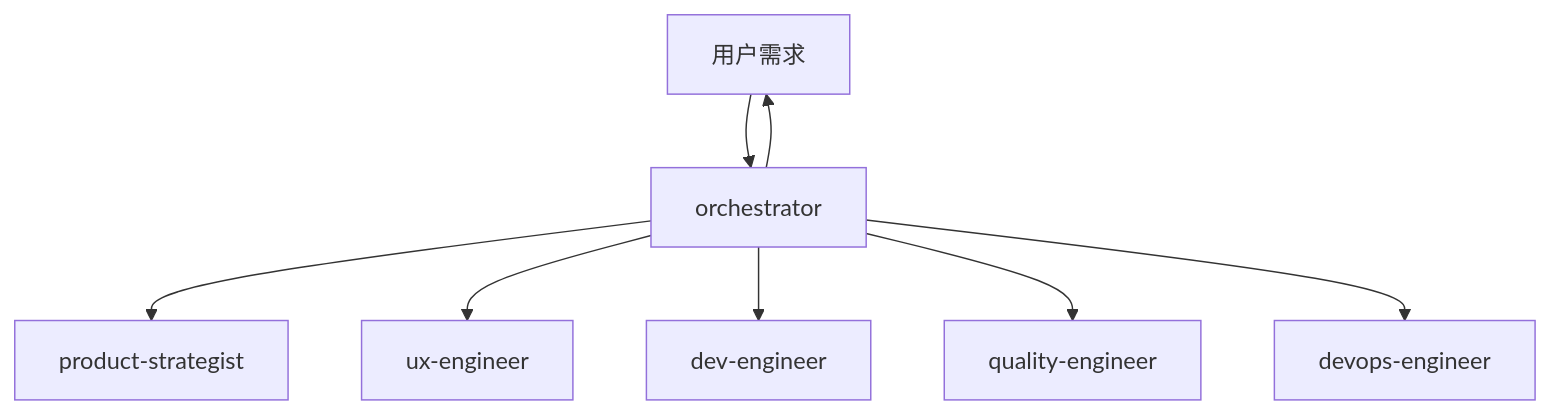
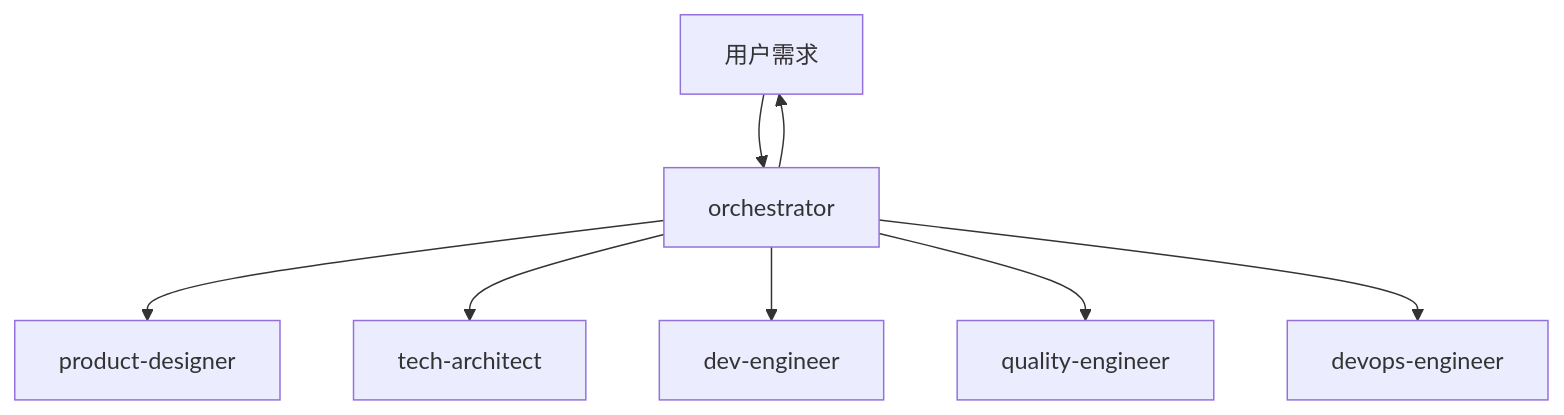
Before and after one commit to Tooooommy/Trae-Workflow: the first of 2 diagrams in README.md, drawn with Mermaid. The commit also changed other lines of this file, not shown here.

````diff
--- a/README.md
+++ b/README.md
@@ -139,10 +139,10 @@
 ```mermaid
 flowchart TD
     User[用户需求] --> O[orchestrator]
-    O --> P[product-strategist]
-    O --> U[ux-engineer]
+    O --> P[product-designer]
+    O --> T[tech-architect]
     O --> D[dev-engineer]
     O --> Q[quality-engineer]
     O --> DO[devops-engineer]
     O --> User
 ```
````
